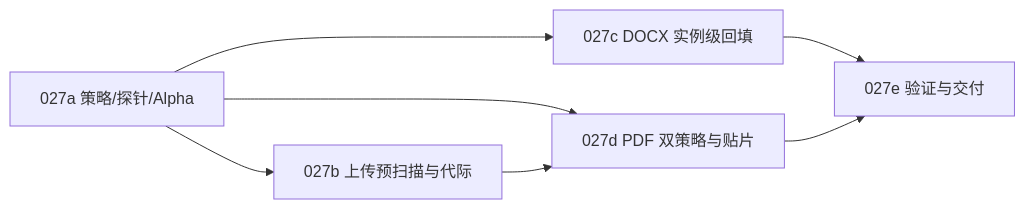
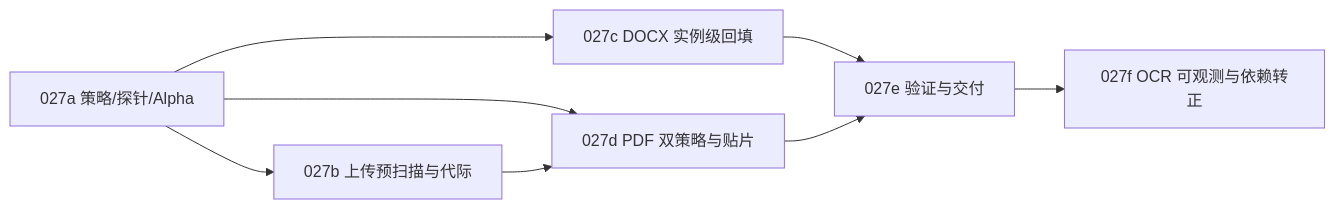
One commit to Charlie780405/Qyunslation changed the diagram in docs/plans/PLAN-027-doc-image-translation/PLAN-027-doc-image-translation.md. Above: the diagram before and after it, drawn with Mermaid. The commit also changed other lines of this file and 12 other files, not shown here.

````diff
--- a/docs/plans/PLAN-027-doc-image-translation/PLAN-027-doc-image-translation.md
+++ b/docs/plans/PLAN-027-doc-image-translation/PLAN-027-doc-image-translation.md
@@ -21,9 +22,10 @@
 ```mermaid
 flowchart LR
     A[027a 策略/探针/Alpha] --> B[027b 上传预扫描与代际]
     A --> C[027c DOCX 实例级回填]
     A --> D[027d PDF 双策略与贴片]
     B --> D
     C --> E[027e 验证与交付]
     D --> E
+    E --> F[027f OCR 可观测与依赖转正]
 ```
````
